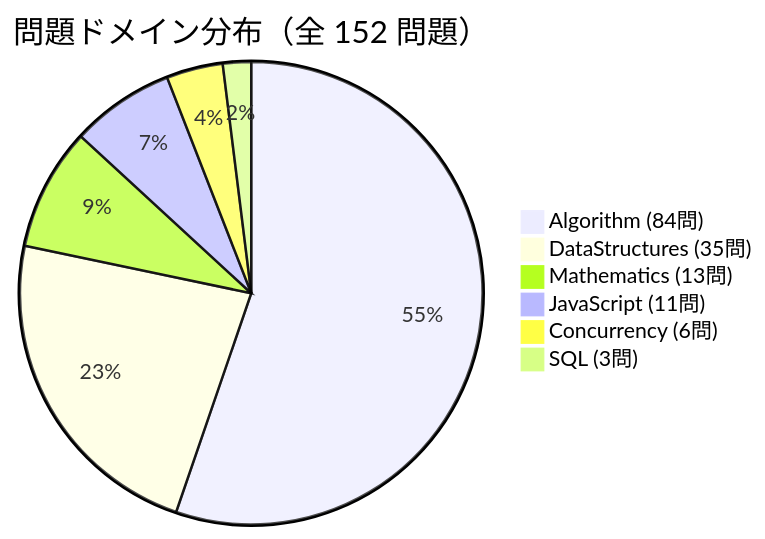
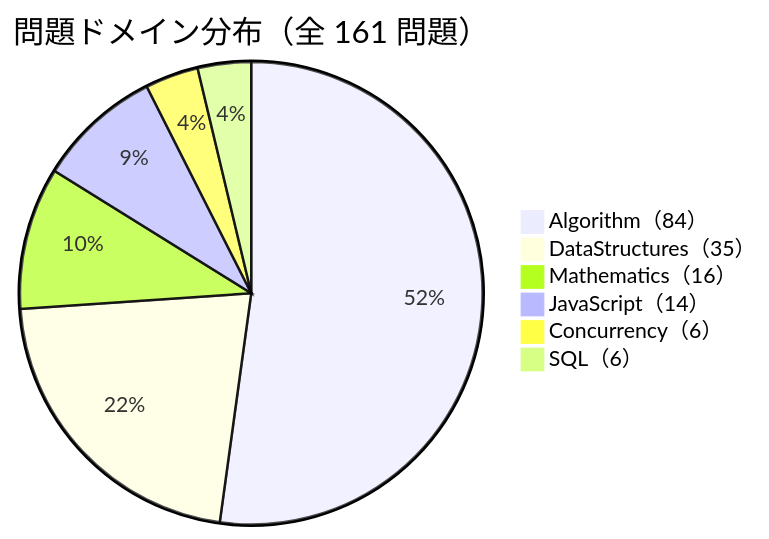
One commit to myoshi2891/Algorithm-DataStructures-Math-SQL changed the seventh of 8 diagrams in README.md. Above: the diagram before and after it, drawn with Mermaid. The commit also changed other lines of this file, not shown here.

````diff
--- a/README.md
+++ b/README.md
@@ -457,9 +381,9 @@
 ```mermaid
-pie title 問題ドメイン分布（全 152 問題）
-    "Algorithm (84問)" : 84
-    "DataStructures (35問)" : 35
-    "Mathematics (13問)" : 13
-    "JavaScript (11問)" : 11
-    "Concurrency (6問)" : 6
-    "SQL (3問)" : 3
+pie title 問題ドメイン分布（全 161 問題）
+    "Algorithm（84）" : 84
+    "DataStructures（35）" : 35
+    "Mathematics（16）" : 16
+    "JavaScript（14）" : 14
+    "Concurrency（6）" : 6
+    "SQL（6）" : 6
 ```
````
